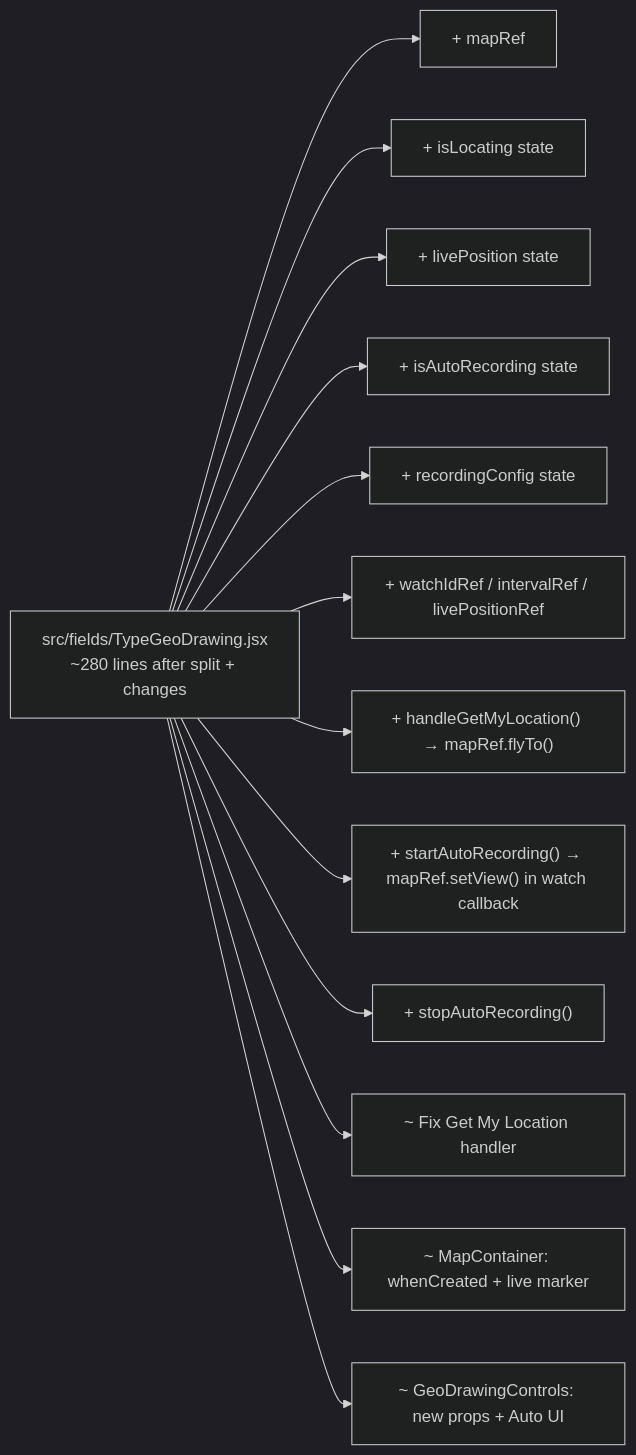
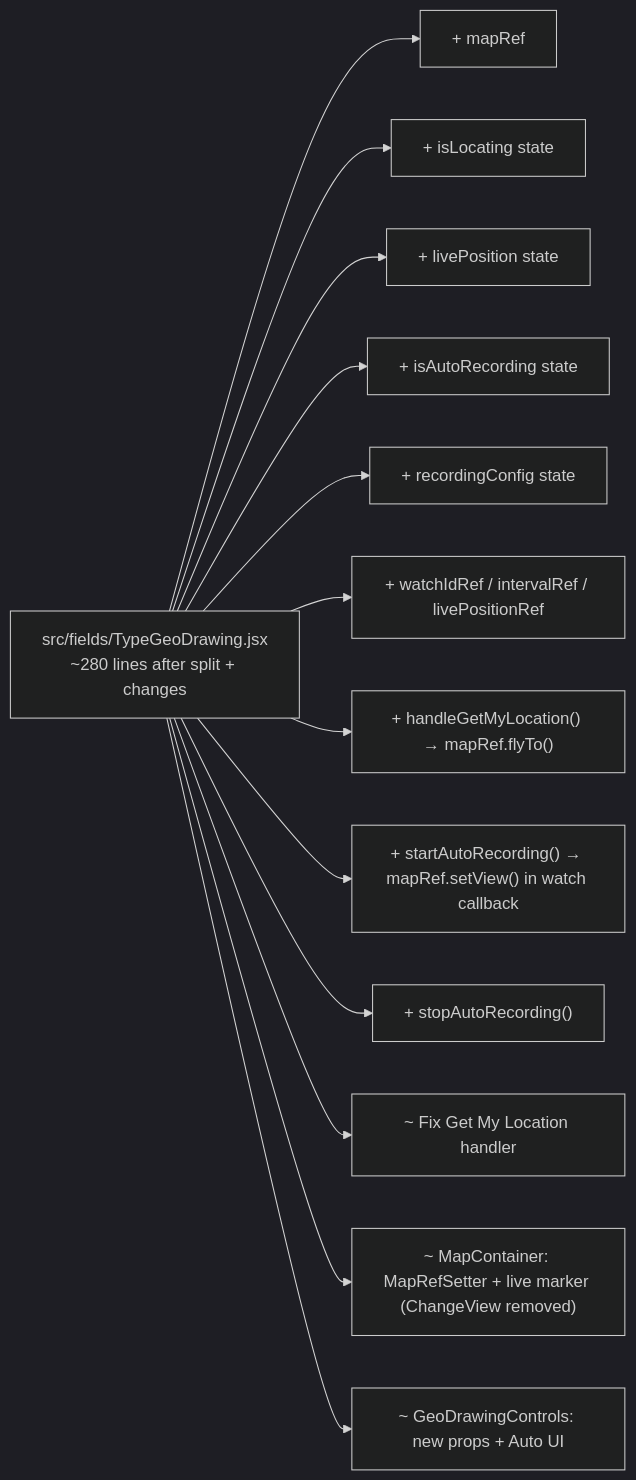
One commit to akvo/akvo-react-form changed the third of 4 diagrams in docs/geo-drawing-auto-record/implementation-plan.md. Above: the diagram before and after it, drawn with Mermaid (dark theme). The commit also changed other lines of this file and 4 other files, not shown here.

````diff
--- a/docs/geo-drawing-auto-record/implementation-plan.md
+++ b/docs/geo-drawing-auto-record/implementation-plan.md
@@ -487,15 +500,15 @@
 ```mermaid
 graph LR
     F1["src/fields/TypeGeoDrawing.jsx\n~280 lines after split + changes"] --> C1["+ mapRef"]
     F1 --> C2["+ isLocating state"]
     F1 --> C3["+ livePosition state"]
     F1 --> C4["+ isAutoRecording state"]
     F1 --> C5["+ recordingConfig state"]
     F1 --> C6["+ watchIdRef / intervalRef / livePositionRef"]
     F1 --> C7["+ handleGetMyLocation() → mapRef.flyTo()"]
     F1 --> C8["+ startAutoRecording() → mapRef.setView() in watch callback"]
     F1 --> C9["+ stopAutoRecording()"]
     F1 --> C10["~ Fix Get My Location handler"]
-    F1 --> C11["~ MapContainer: whenCreated + live marker"]
+    F1 --> C11["~ MapContainer: MapRefSetter + live marker (ChangeView removed)"]
     F1 --> C12["~ GeoDrawingControls: new props + Auto UI"]
 ```
````
